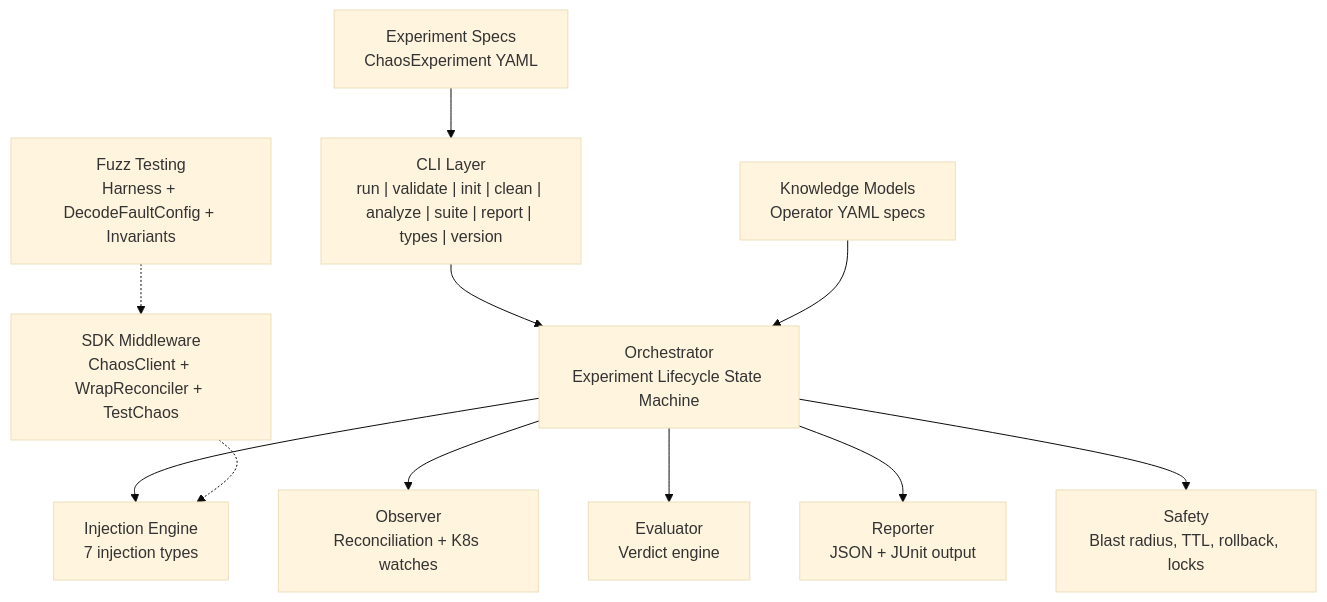
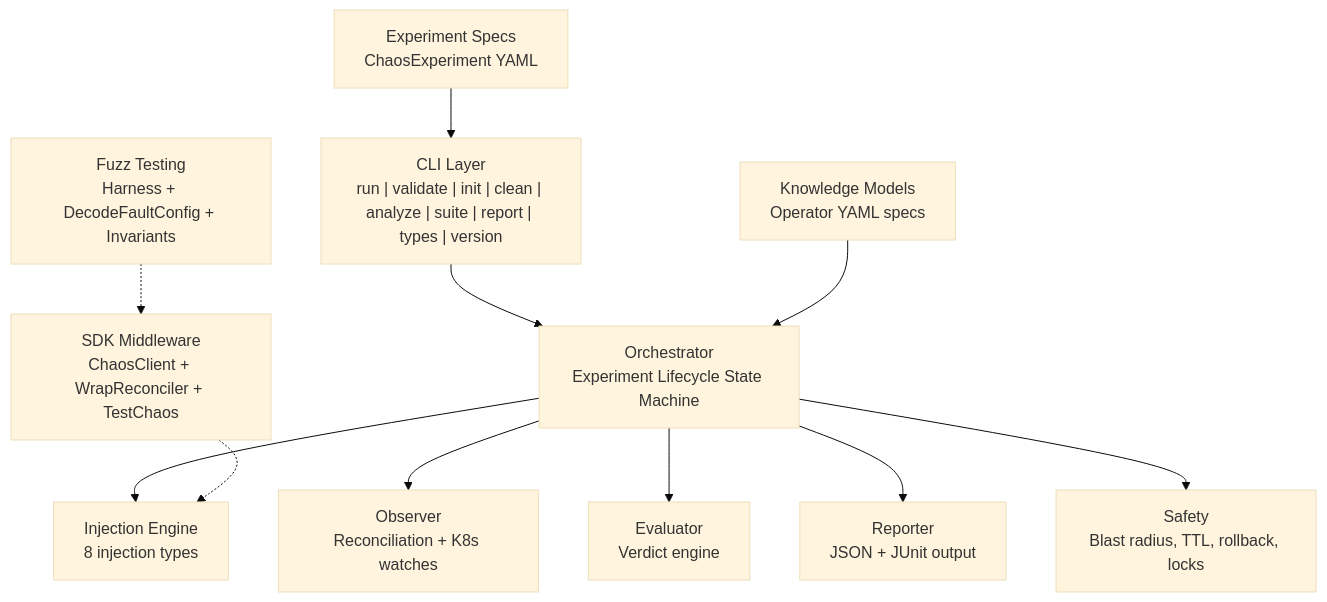
Before and after one commit to ugiordan/odh-platform-chaos: the first of 2 diagrams in README.md, drawn with Mermaid (base theme). The commit also changed other lines of this file and 25 other files, not shown here.

````diff
--- a/README.md
+++ b/README.md
@@ -637,25 +659,25 @@
 ```mermaid
 graph TD
     CLI["CLI Layer<br/>run | validate | init | clean | analyze | suite | report | types | version"]
     ORCH["Orchestrator<br/>Experiment Lifecycle State Machine"]
-    INJ["Injection Engine<br/>7 injection types"]
+    INJ["Injection Engine<br/>8 injection types"]
     OBS["Observer<br/>Reconciliation + K8s watches"]
     EVAL["Evaluator<br/>Verdict engine"]
     REP["Reporter<br/>JSON + JUnit output"]
     SAFE["Safety<br/>Blast radius, TTL, rollback, locks"]
     SDK["SDK Middleware<br/>ChaosClient + WrapReconciler + TestChaos"]
     FUZZ["Fuzz Testing<br/>Harness + DecodeFaultConfig + Invariants"]
     KNOW["Knowledge Models<br/>Operator YAML specs"]
     EXP["Experiment Specs<br/>ChaosExperiment YAML"]
 
     CLI --> ORCH
     ORCH --> INJ
     ORCH --> OBS
     ORCH --> EVAL
     ORCH --> REP
     ORCH --> SAFE
     SDK -.-> INJ
     FUZZ -.-> SDK
     KNOW --> ORCH
     EXP --> CLI
 ```
````
